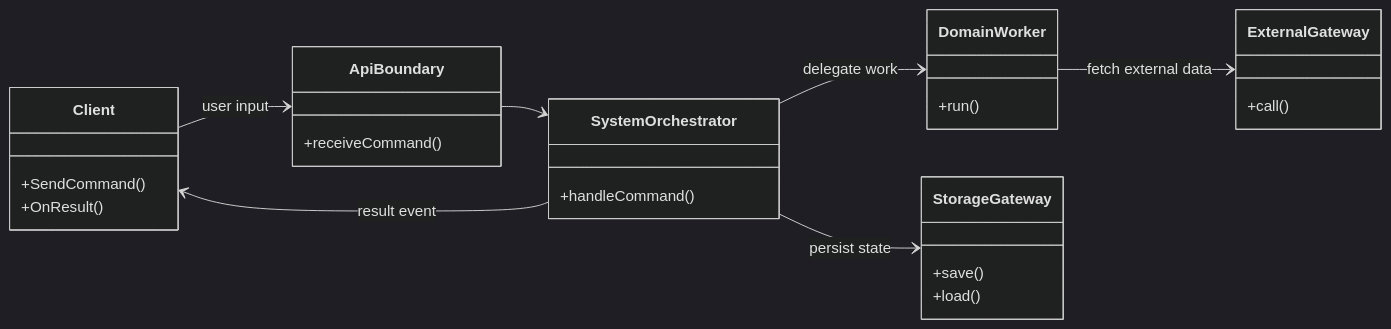
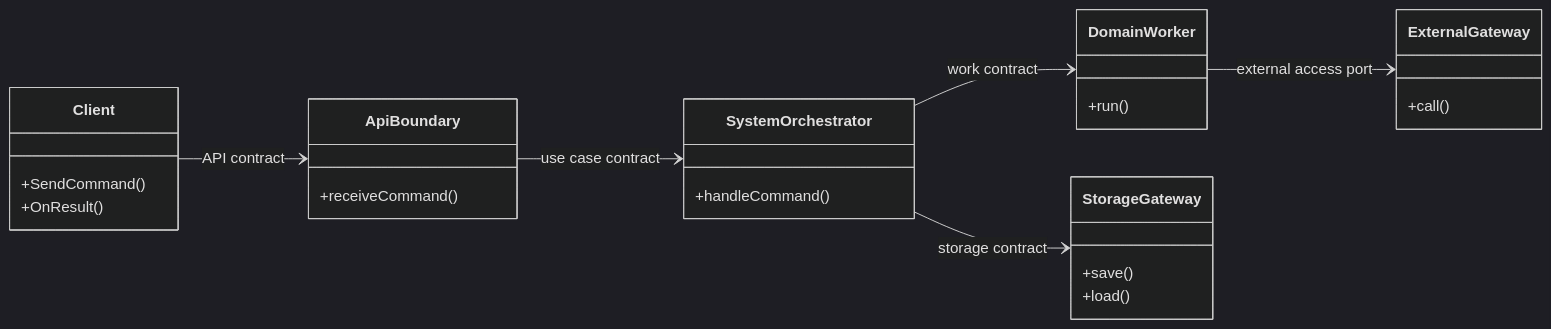
One commit to ryujt/project-guides changed the diagram in guides/system-flow-document-guide.md. Above: the diagram before and after it, drawn with Mermaid (dark theme). The commit also changed other lines of this file and 30 other files, not shown here.

````diff
--- a/guides/system-flow-document-guide.md
+++ b/guides/system-flow-document-guide.md
@@ -208,32 +210,31 @@
 ```mermaid
 classDiagram
 direction LR
 
 class Client {
   +SendCommand()
   +OnResult()
 }
 class ApiBoundary {
   +receiveCommand()
 }
 class SystemOrchestrator {
   +handleCommand()
 }
 class DomainWorker {
   +run()
 }
 class StorageGateway {
   +save()
   +load()
 }
 class ExternalGateway {
   +call()
 }
 
-Client --> ApiBoundary : user input
-ApiBoundary --> SystemOrchestrator
-SystemOrchestrator --> DomainWorker : delegate work
-SystemOrchestrator --> StorageGateway : persist state
-DomainWorker --> ExternalGateway : fetch external data
-SystemOrchestrator --> Client : result event
+Client --> ApiBoundary : API contract
+ApiBoundary --> SystemOrchestrator : use case contract
+SystemOrchestrator --> DomainWorker : work contract
+SystemOrchestrator --> StorageGateway : storage contract
+DomainWorker --> ExternalGateway : external access port
 ```
````
